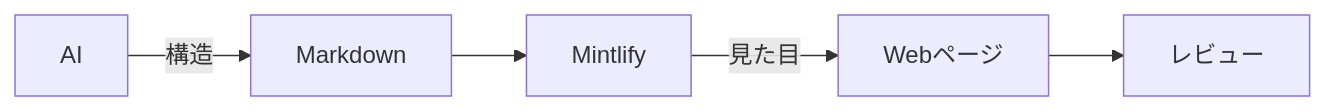
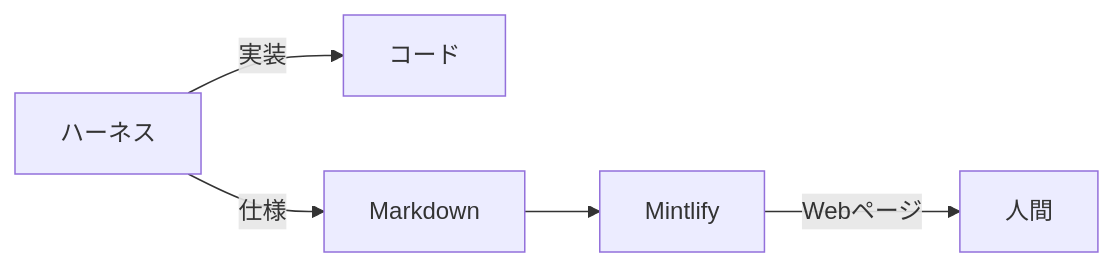
The diagram in articles/022_mintlify-doc-review.md (yjn279/zenn), drawn with Mermaid before and after one commit. The commit also changed other lines of this file and 4 other files, not shown here.

````diff
--- a/articles/022_mintlify-doc-review.md
+++ b/articles/022_mintlify-doc-review.md
@@ -33,7 +35,7 @@
 ```mermaid
 flowchart LR
-  ai[AI] -->|構造| markdown[Markdown]
+  harness[ハーネス] -->|実装| code[コード]
+  harness -->|仕様| markdown[Markdown]
   markdown --> mintlify[Mintlify]
-  mintlify -->|見た目| page[Webページ]
-  page --> human[レビュー]
+  mintlify -->|Webページ| human[人間]
 ```
````
